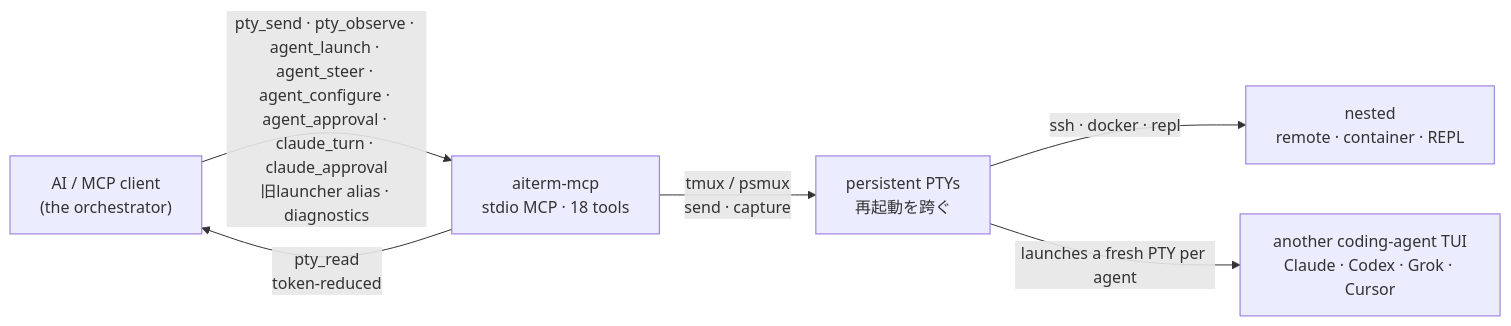
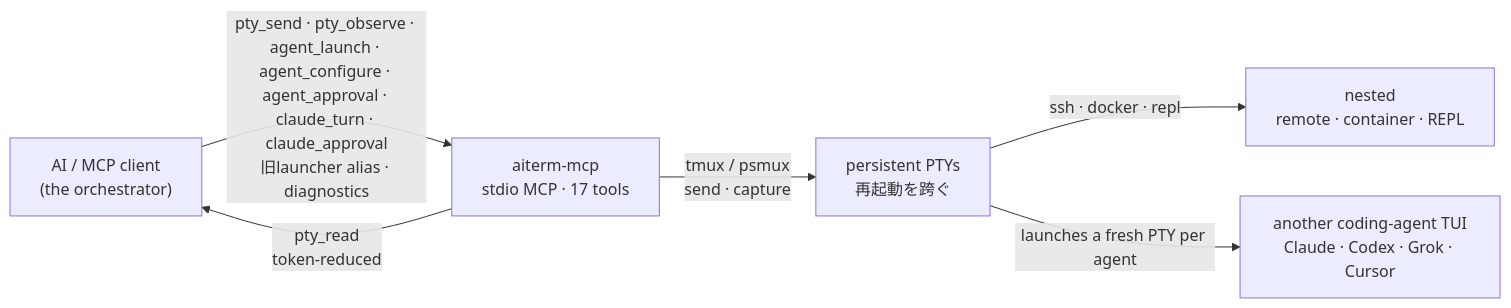
Before and after one commit to kitepon/aiterm-mcp: the diagram in README.ja.md, drawn with Mermaid. The commit also changed other lines of this file and 12 other files, not shown here.

````diff
--- a/README.ja.md
+++ b/README.ja.md
@@ -404,8 +404,8 @@
 ```mermaid
 flowchart LR
-    AI["AI / MCP client<br/>(the orchestrator)"] -->|"pty_send · pty_observe · agent_launch · agent_steer · agent_configure · agent_approval · claude_turn · claude_approval<br/>旧launcher alias · diagnostics"| S["aiterm-mcp<br/>stdio MCP · 18 tools"]
+    AI["AI / MCP client<br/>(the orchestrator)"] -->|"pty_send · pty_observe · agent_launch · agent_configure · agent_approval · claude_turn · claude_approval<br/>旧launcher alias · diagnostics"| S["aiterm-mcp<br/>stdio MCP · 17 tools"]
     S -->|"pty_read<br/>token-reduced"| AI
     S -->|"tmux / psmux<br/>send · capture"| P["persistent PTYs<br/>再起動を跨ぐ"]
     P -->|"ssh · docker · repl"| R["nested<br/>remote · container · REPL"]
     P -->|"launches a fresh PTY per agent"| A["another coding-agent TUI<br/>Claude · Codex · Grok · Cursor"]
 ```
````
